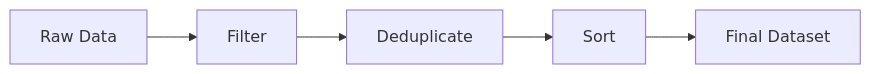
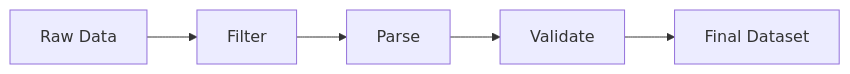
The second of 2 diagrams in concepts.mdx (gabehrwitz/docs), drawn with Mermaid before and after one commit. The commit also changed other lines of this file and 14 other files, not shown here.

````diff
--- a/concepts.mdx
+++ b/concepts.mdx
@@ -117,7 +117,7 @@
 ```mermaid
 graph LR
     A[Raw Data] --> B[Filter]
-    B --> C[Deduplicate]
-    C --> D[Sort]
+    B --> C[Parse]
+    C --> D[Validate]
     D --> E[Final Dataset]
 ```
````
